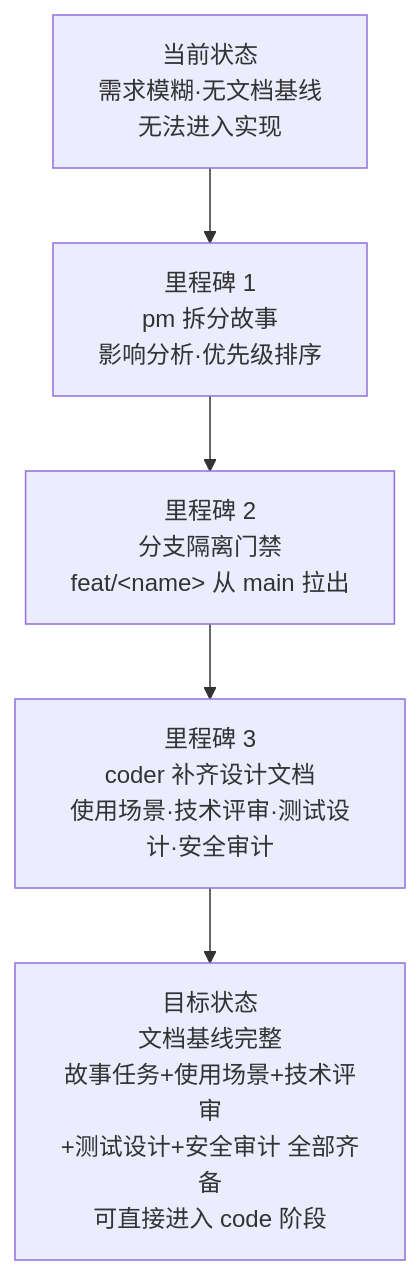
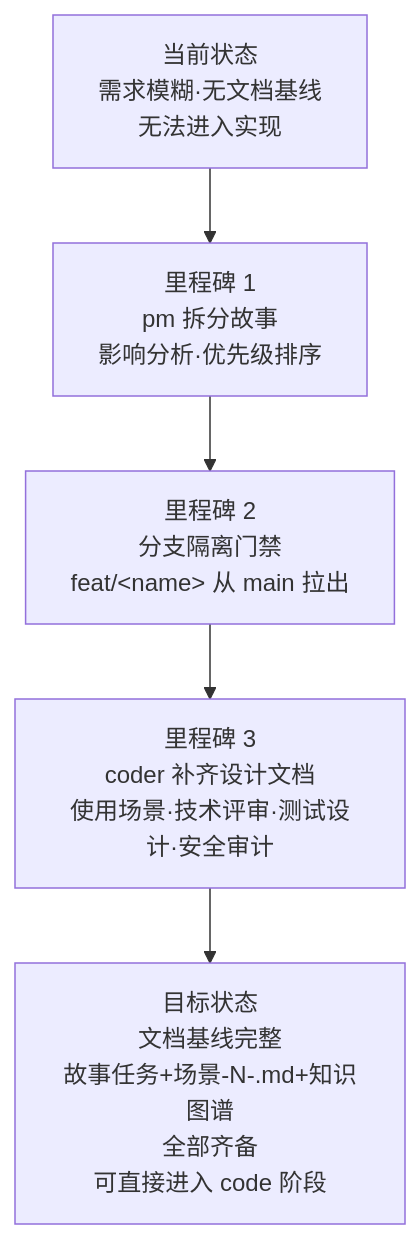
One commit to effiy/YrY changed the fifth of 16 diagrams in skills/rui/SKILL.md. Above: the diagram before and after it, drawn with Mermaid. The commit also changed other lines of this file and 37 other files, not shown here.

````diff
--- a/skills/rui/SKILL.md
+++ b/skills/rui/SKILL.md
@@ -262,9 +261,9 @@
 ```mermaid
 flowchart TD
     NOW["当前状态<br/>需求模糊·无文档基线<br/>无法进入实现"]:::pain
     NOW --> M1["里程碑 1<br/>pm 拆分故事<br/>影响分析·优先级排序"]:::milestone
     M1 --> M2["里程碑 2<br/>分支隔离门禁<br/>feat/&lt;name&gt; 从 main 拉出"]:::milestone
     M2 --> M3["里程碑 3<br/>coder 补齐设计文档<br/>使用场景·技术评审·测试设计·安全审计"]:::milestone
-    M3 --> GOAL["目标状态<br/>文档基线完整<br/>故事任务+使用场景+技术评审<br/>+测试设计+安全审计 全部齐备<br/>可直接进入 code 阶段"]:::goal
+    M3 --> GOAL["目标状态<br/>文档基线完整<br/>故事任务+场景-N-<slug>.md+知识图谱<br/>全部齐备<br/>可直接进入 code 阶段"]:::goal
 
 ```
````
